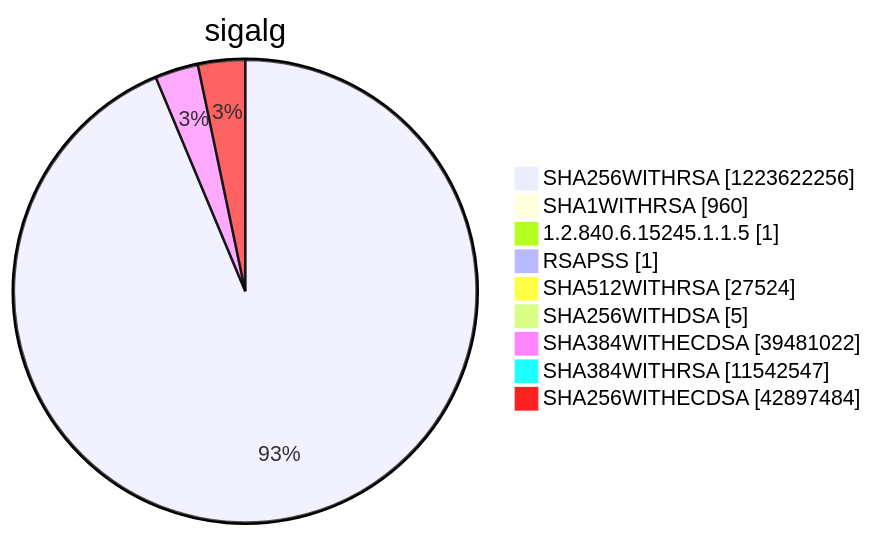
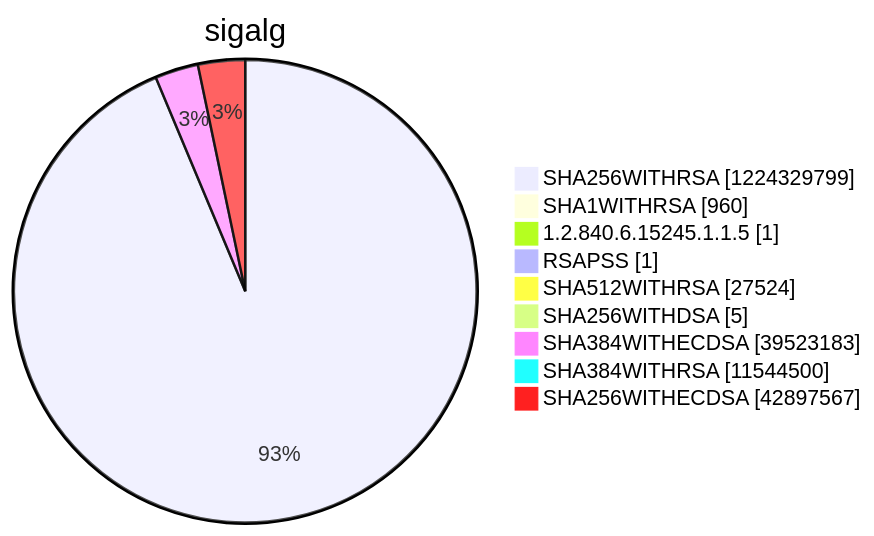
One commit to christiankrug/ctmonitor_visualization changed diagram 15 of 15 in argon2022/README.md. Above: the diagram before and after it, drawn with Mermaid. The commit also changed other lines of this file, not shown here.

````diff
--- a/argon2022/README.md
+++ b/argon2022/README.md
@@ -5521,13 +5521,13 @@
 ```mermaid
 pie showData
 title sigalg
-"SHA256WITHRSA" :1223622256
+"SHA256WITHRSA" :1224329799
 "SHA1WITHRSA" :960
 "1.2.840.6.15245.1.1.5" :1
 "RSAPSS" :1
 "SHA512WITHRSA" :27524
 "SHA256WITHDSA" :5
-"SHA384WITHECDSA" :39481022
-"SHA384WITHRSA" :11542547
-"SHA256WITHECDSA" :42897484
+"SHA384WITHECDSA" :39523183
+"SHA384WITHRSA" :11544500
+"SHA256WITHECDSA" :42897567
 ```
````
